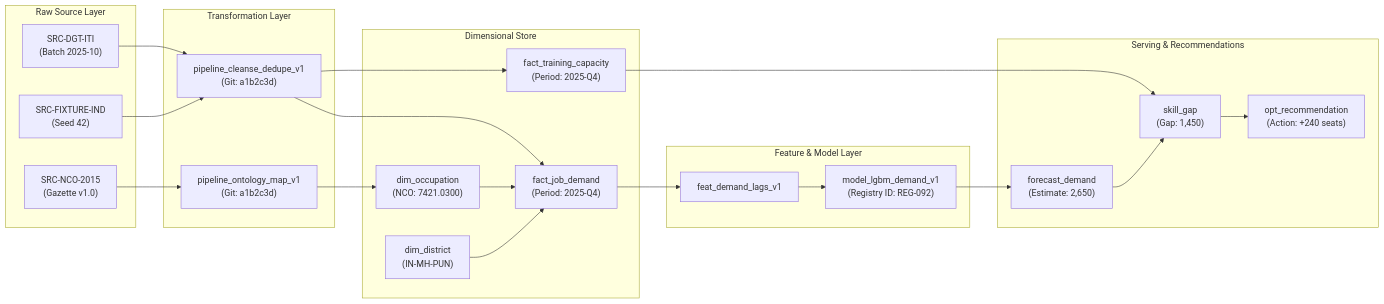
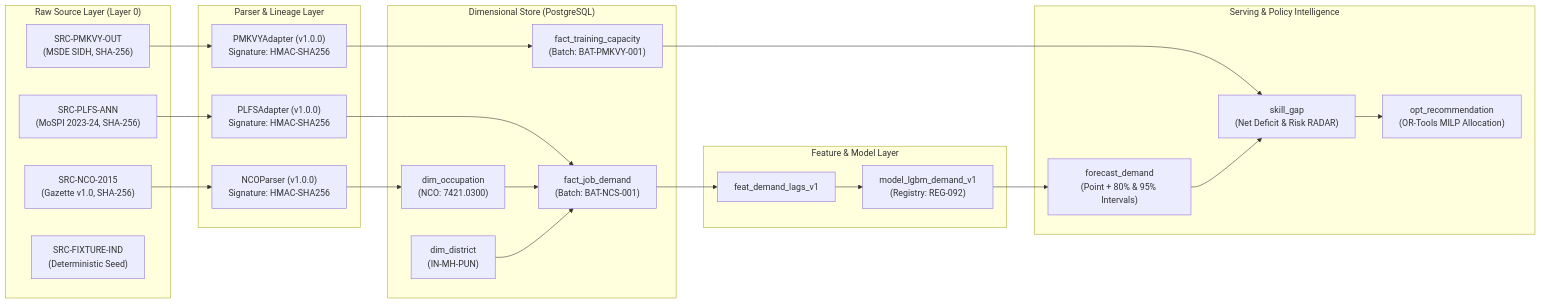
The diagram in docs/DATA_LINEAGE.md (Aryank52/labrex), drawn with Mermaid before and after one commit. The commit also changed other lines of this file and 90 other files, not shown here.

````diff
--- a/docs/DATA_LINEAGE.md
+++ b/docs/DATA_LINEAGE.md
@@ -11,40 +12,42 @@
 ```mermaid
 graph LR
-    subgraph Raw_Batch["Raw Source Layer"]
-        R1["SRC-NCO-2015<br/>(Gazette v1.0)"]
-        R2["SRC-DGT-ITI<br/>(Batch 2025-10)"]
-        R3["SRC-FIXTURE-IND<br/>(Seed 42)"]
+    subgraph Raw_Batch["Raw Source Layer (Layer 0)"]
+        R1["SRC-NCO-2015<br/>(Gazette v1.0, SHA-256)"]
+        R2["SRC-PLFS-ANN<br/>(MoSPI 2023-24, SHA-256)"]
+        R3["SRC-PMKVY-OUT<br/>(MSDE SIDH, SHA-256)"]
+        R4["SRC-FIXTURE-IND<br/>(Deterministic Seed)"]
     end
 
-    subgraph ETL["Transformation Layer"]
-        T1["pipeline_ontology_map_v1<br/>(Git: a1b2c3d)"]
-        T2["pipeline_cleanse_dedupe_v1<br/>(Git: a1b2c3d)"]
+    subgraph Adapters["Parser & Lineage Layer"]
+        T1["NCOParser (v1.0.0)<br/>Signature: HMAC-SHA256"]
+        T2["PLFSAdapter (v1.0.0)<br/>Signature: HMAC-SHA256"]
+        T3["PMKVYAdapter (v1.0.0)<br/>Signature: HMAC-SHA256"]
     end
 
-    subgraph Gold["Dimensional Store"]
+    subgraph Gold["Dimensional Store (PostgreSQL)"]
         D1["dim_occupation<br/>(NCO: 7421.0300)"]
         D2["dim_district<br/>(IN-MH-PUN)"]
-        F1["fact_job_demand<br/>(Period: 2025-Q4)"]
-        F2["fact_training_capacity<br/>(Period: 2025-Q4)"]
+        F1["fact_job_demand<br/>(Batch: BAT-NCS-001)"]
+        F2["fact_training_capacity<br/>(Batch: BAT-PMKVY-001)"]
     end
 
     subgraph Modeling["Feature & Model Layer"]
         M1["feat_demand_lags_v1"]
-        M2["model_lgbm_demand_v1<br/>(Registry ID: REG-092)"]
+        M2["model_lgbm_demand_v1<br/>(Registry: REG-092)"]
     end
 
-    subgraph Serving["Serving & Recommendations"]
-        S1["forecast_demand<br/>(Estimate: 2,650)"]
-        S2["skill_gap<br/>(Gap: 1,450)"]
-        S3["opt_recommendation<br/>(Action: +240 seats)"]
+    subgraph Serving["Serving & Policy Intelligence"]
+        S1["forecast_demand<br/>(Point + 80% & 95% Intervals)"]
+        S2["skill_gap<br/>(Net Deficit & Risk RADAR)"]
+        S3["opt_recommendation<br/>(OR-Tools MILP Allocation)"]
     end
 
     R1 --> T1 --> D1
-    R2 --> T2 --> F2
-    R3 --> T2 --> F1
+    R2 --> T2 --> F1
+    R3 --> T3 --> F2
     D1 --> F1
     D2 --> F1
     F1 --> M1 --> M2 --> S1
     F2 --> S2
     S1 --> S2 --> S3
 ```
````
